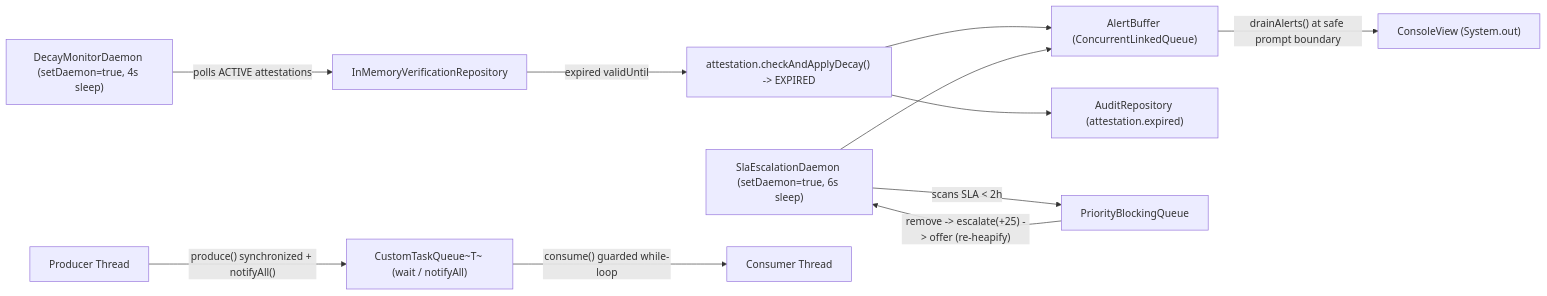
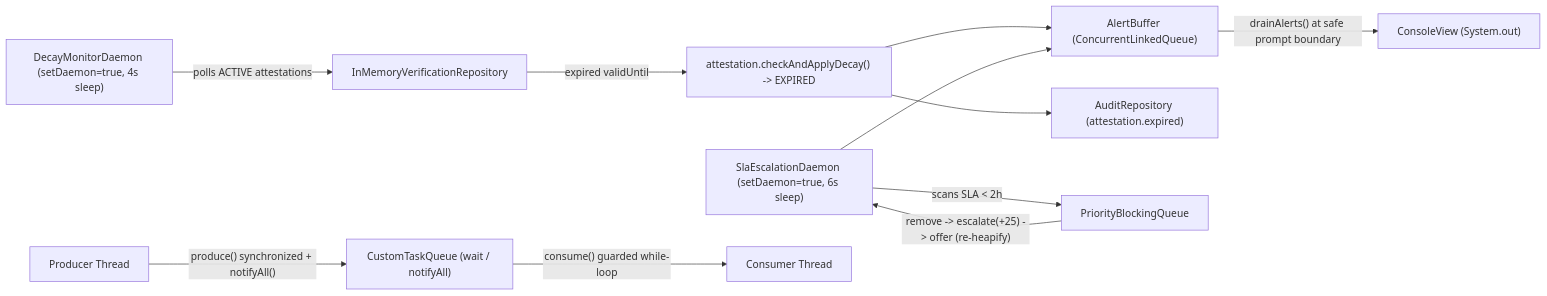
The sixth of 8 diagrams in docs/backend-architecture.md (ArchitSublok/supify), drawn with Mermaid before and after one commit. The commit also changed other lines of this file, not shown here.

Commit message:
docs(backend): add CLI/concurrency UML class diagram and sync JDBC/DemoRunner docs

````diff
--- a/docs/backend-architecture.md
+++ b/docs/backend-architecture.md
@@ -400,16 +645,16 @@
 ```mermaid
 flowchart LR
     DM["DecayMonitorDaemon (setDaemon=true, 4s sleep)"] -->|polls ACTIVE attestations| VR["InMemoryVerificationRepository"]
     VR -->|expired validUntil| DECAY["attestation.checkAndApplyDecay() -> EXPIRED"]
     DECAY --> AB["AlertBuffer (ConcurrentLinkedQueue)"]
     DECAY --> AR["AuditRepository (attestation.expired)"]
 
     SLA["SlaEscalationDaemon (setDaemon=true, 6s sleep)"] -->|scans SLA < 2h| PQ["PriorityBlockingQueue"]
     PQ -->|"remove -> escalate(+25) -> offer (re-heapify)"| SLA
     SLA --> AB
 
     AB -->|"drainAlerts() at safe prompt boundary"| CV["ConsoleView (System.out)"]
 
-    PROD["Producer Thread"] -->|"produce() synchronized + notifyAll()"| CTQ["CustomTaskQueue~T~ (wait / notifyAll)"]
+    PROD["Producer Thread"] -->|"produce() synchronized + notifyAll()"| CTQ["CustomTaskQueue (wait / notifyAll)"]
     CTQ -->|"consume() guarded while-loop"| CONS["Consumer Thread"]
 ```
````
